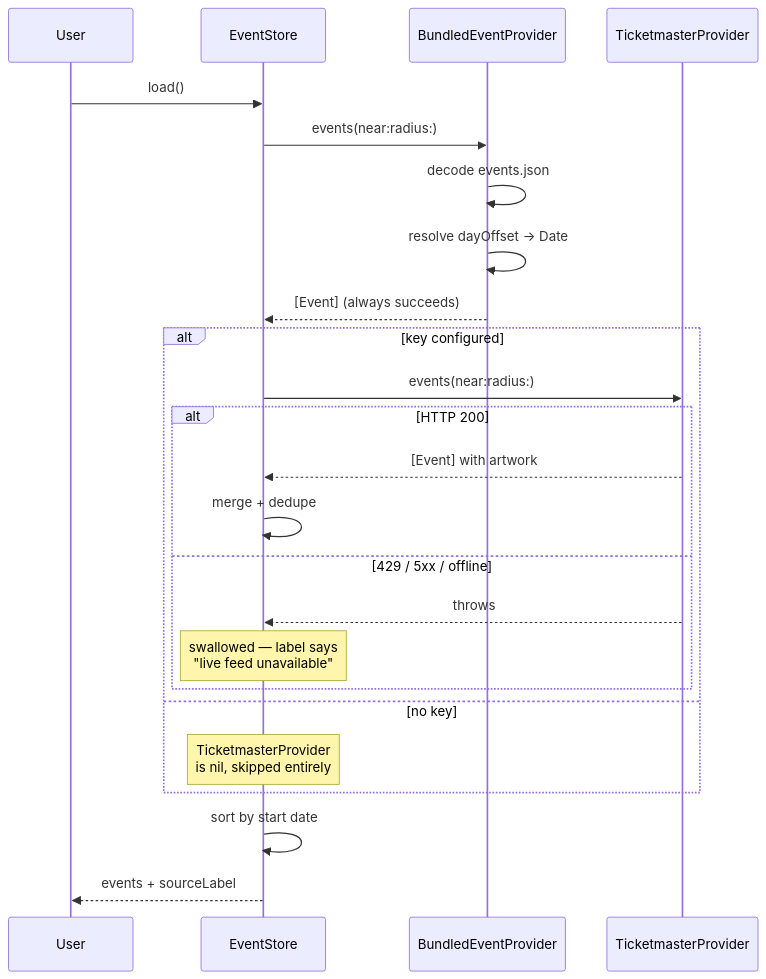
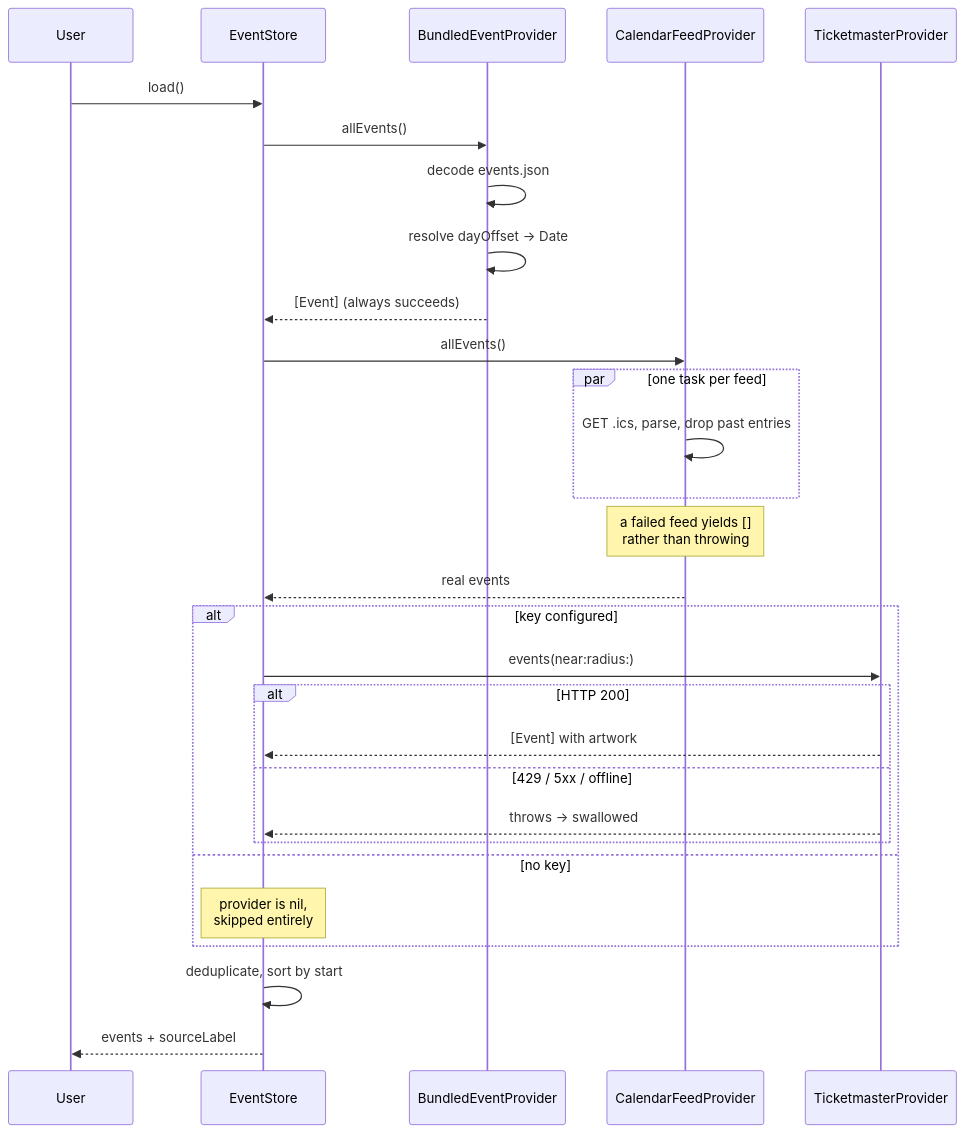
Before and after one commit to Kevin-Edwards57/VT2NH---Final-Capstone: the second of 6 diagrams in ARCHITECTURE.md, drawn with Mermaid. The commit also changed other lines of this file and 4 other files, not shown here.

First line of the commit message:
Widen calendar-feed coverage and add Shelburne

````diff
--- a/ARCHITECTURE.md
+++ b/ARCHITECTURE.md
@@ -72,29 +73,35 @@
 ```mermaid
 sequenceDiagram
     participant U as User
     participant S as EventStore
     participant B as BundledEventProvider
+    participant C as CalendarFeedProvider
     participant T as TicketmasterProvider
 
     U->>S: load()
-    S->>B: events(near:radius:)
+    S->>B: allEvents()
     B->>B: decode events.json
     B->>B: resolve dayOffset → Date
     B-->>S: [Event] (always succeeds)
+
+    S->>C: allEvents()
+    par one task per feed
+        C->>C: GET .ics, parse, drop past entries
+    end
+    Note over C: a failed feed yields []<br/>rather than throwing
+    C-->>S: real events
 
     alt key configured
         S->>T: events(near:radius:)
         alt HTTP 200
             T-->>S: [Event] with artwork
-            S->>S: merge + dedupe
         else 429 / 5xx / offline
-            T-->>S: throws
-            Note over S: swallowed — label says<br/>"live feed unavailable"
+            T-->>S: throws → swallowed
         end
     else no key
-        Note over S: TicketmasterProvider<br/>is nil, skipped entirely
+        Note over S: provider is nil,<br/>skipped entirely
     end
 
-    S->>S: sort by start date
+    S->>S: deduplicate, sort by start
     S-->>U: events + sourceLabel
 ```
````
